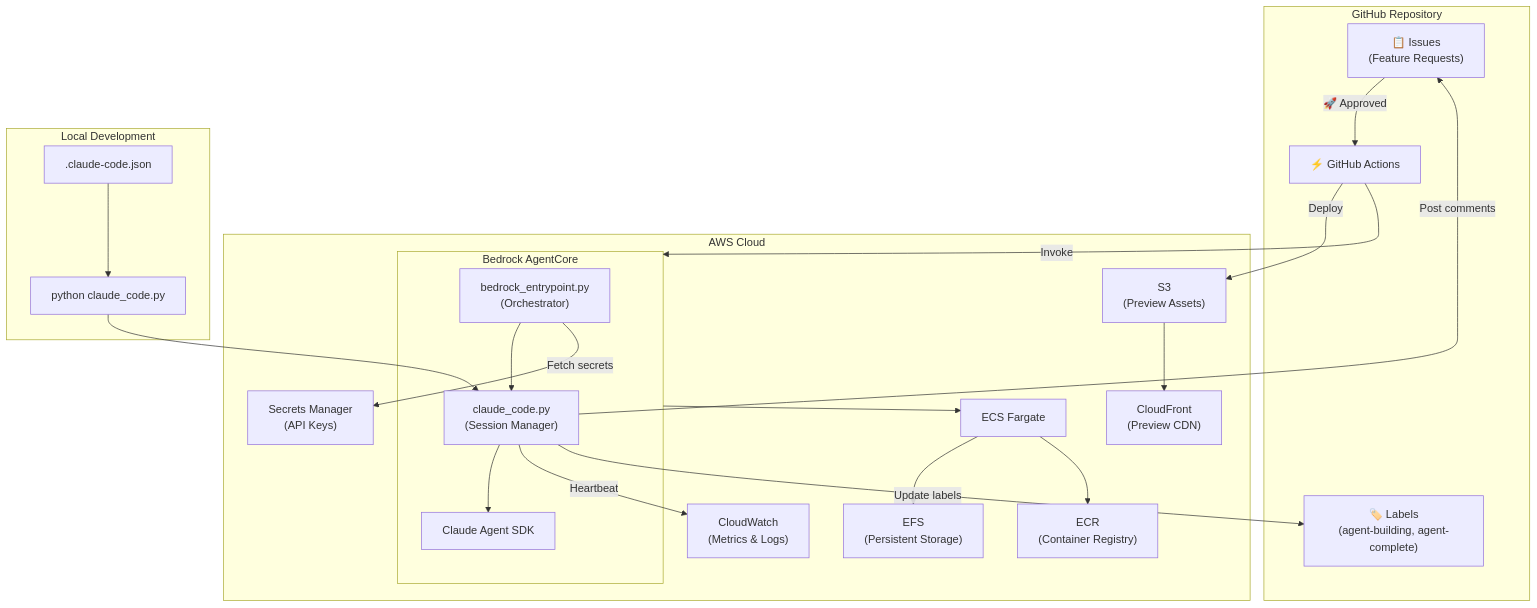
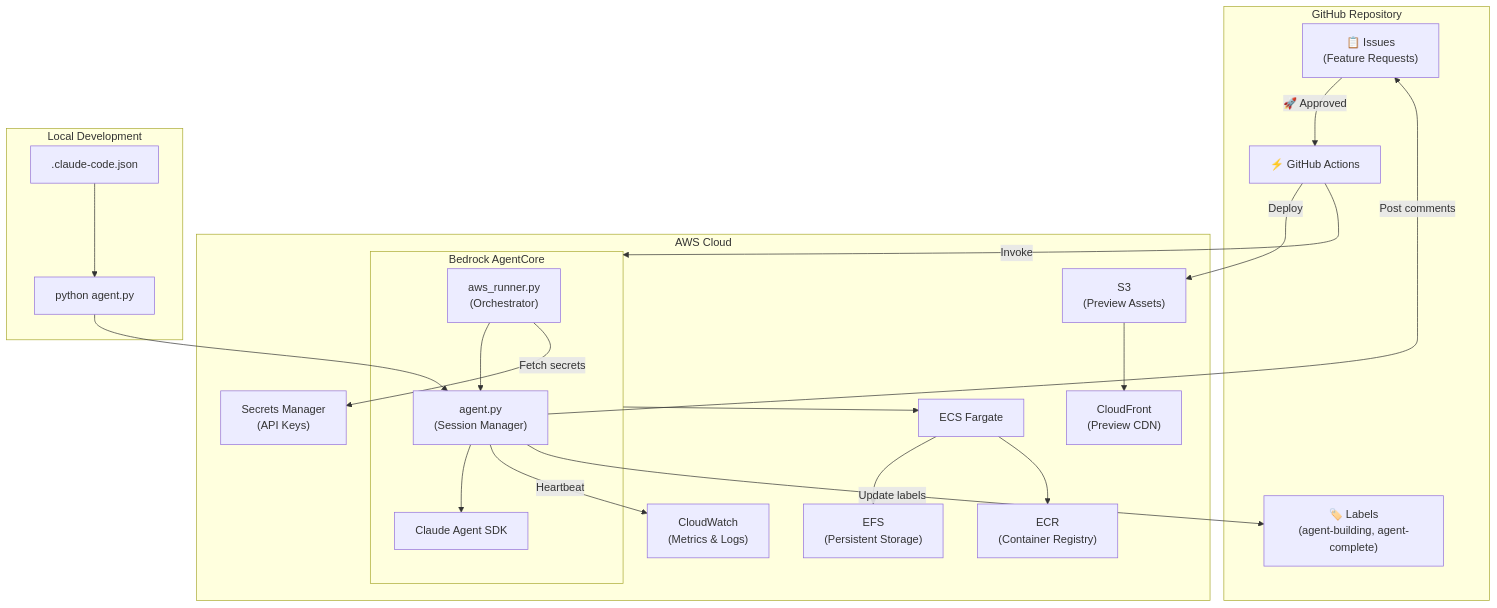
Before and after one commit to jawhnycooke/long-horizon-coding-agent-demo: the first of 5 diagrams in README.md, drawn with Mermaid. The commit also changed other lines of this file and 13 other files, not shown here.

````diff
--- a/README.md
+++ b/README.md
@@ -9,46 +9,46 @@
 ```mermaid
 flowchart TB
     subgraph GitHub["GitHub Repository"]
         Issues["📋 Issues<br/>(Feature Requests)"]
         Actions["⚡ GitHub Actions"]
         Labels["🏷️ Labels<br/>(agent-building, agent-complete)"]
     end
 
     subgraph AWS["AWS Cloud"]
         subgraph AgentCore["Bedrock AgentCore"]
-            Entrypoint["bedrock_entrypoint.py<br/>(Orchestrator)"]
-            Agent["claude_code.py<br/>(Session Manager)"]
+            Entrypoint["aws_runner.py<br/>(Orchestrator)"]
+            Agent["agent.py<br/>(Session Manager)"]
             SDK["Claude Agent SDK"]
         end
 
         ECS["ECS Fargate"]
         EFS["EFS<br/>(Persistent Storage)"]
         ECR["ECR<br/>(Container Registry)"]
         CW["CloudWatch<br/>(Metrics & Logs)"]
         SM["Secrets Manager<br/>(API Keys)"]
         CF["CloudFront<br/>(Preview CDN)"]
         S3["S3<br/>(Preview Assets)"]
     end
 
     subgraph LocalDev["Local Development"]
-        CLI["python claude_code.py"]
+        CLI["python agent.py"]
         Config[".claude-code.json"]
     end
 
     Issues -->|"🚀 Approved"| Actions
     Actions -->|"Invoke"| AgentCore
     AgentCore --> ECS
     ECS --> EFS
     ECS --> ECR
     Entrypoint --> Agent
     Agent --> SDK
     Agent -->|"Heartbeat"| CW
     Entrypoint -->|"Fetch secrets"| SM
     Agent -->|"Update labels"| Labels
     Agent -->|"Post comments"| Issues
     Actions -->|"Deploy"| S3
     S3 --> CF
 
     CLI --> Agent
     Config --> CLI
 ```
````
